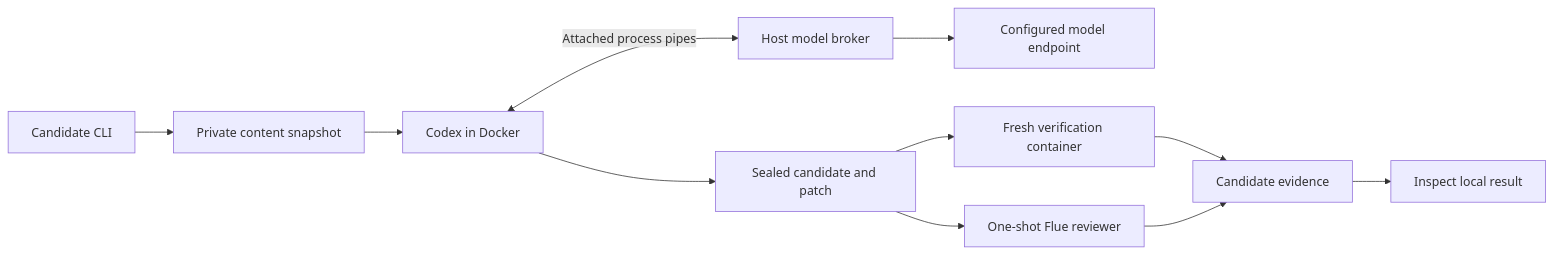
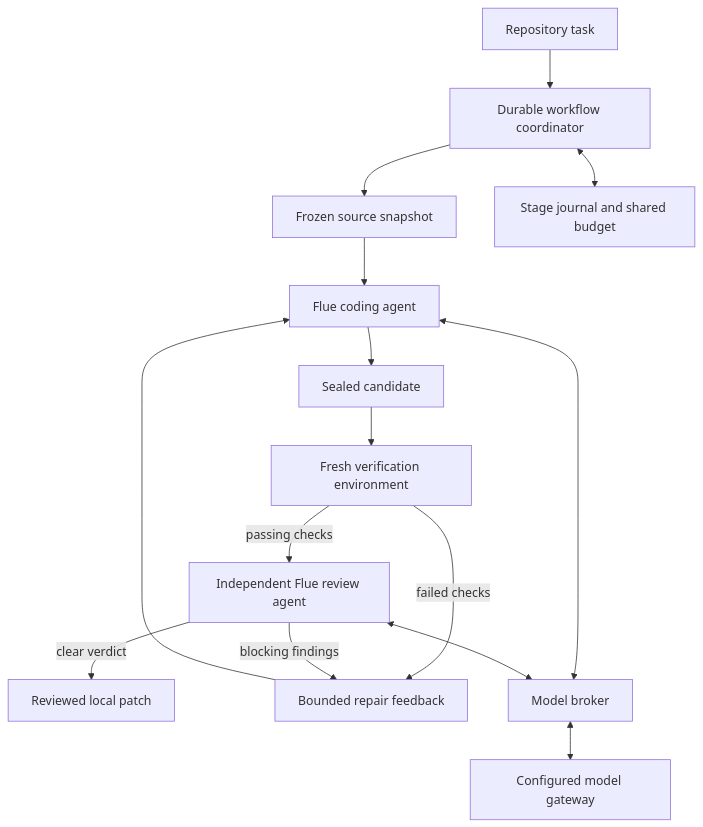
Before and after one commit to wuchris-ch/multi-agent-software-development-platform: the diagram in ARCHITECTURE.md, drawn with Mermaid. The commit also changed other lines of this file and 4 other files, not shown here.

````diff
--- a/ARCHITECTURE.md
+++ b/ARCHITECTURE.md
@@ -5,13 +5,17 @@
 ```mermaid
-flowchart LR
-    CLI[Candidate CLI] --> S[Private content snapshot]
-    S --> C[Codex in Docker]
-    C <-->|Attached process pipes| B[Host model broker]
-    B --> M[Configured model endpoint]
-    C --> A[Sealed candidate and patch]
-    A --> V[Fresh verification container]
-    A --> F[One-shot Flue reviewer]
-    V --> E[Candidate evidence]
-    F --> E
-    E --> I[Inspect local result]
+flowchart TD
+    T[Repository task] --> W[Durable workflow coordinator]
+    W --> S[Frozen source snapshot]
+    S --> C[Flue coding agent]
+    C --> P[Sealed candidate]
+    P --> V[Fresh verification environment]
+    V -->|passing checks| R[Independent Flue review agent]
+    R -->|clear verdict| D[Reviewed local patch]
+    V -->|failed checks| F[Bounded repair feedback]
+    R -->|blocking findings| F
+    F --> C
+    W <--> J[Stage journal and shared budget]
+    C <--> B[Model broker]
+    R <--> B
+    B <--> G[Configured model gateway]
 ```
````
